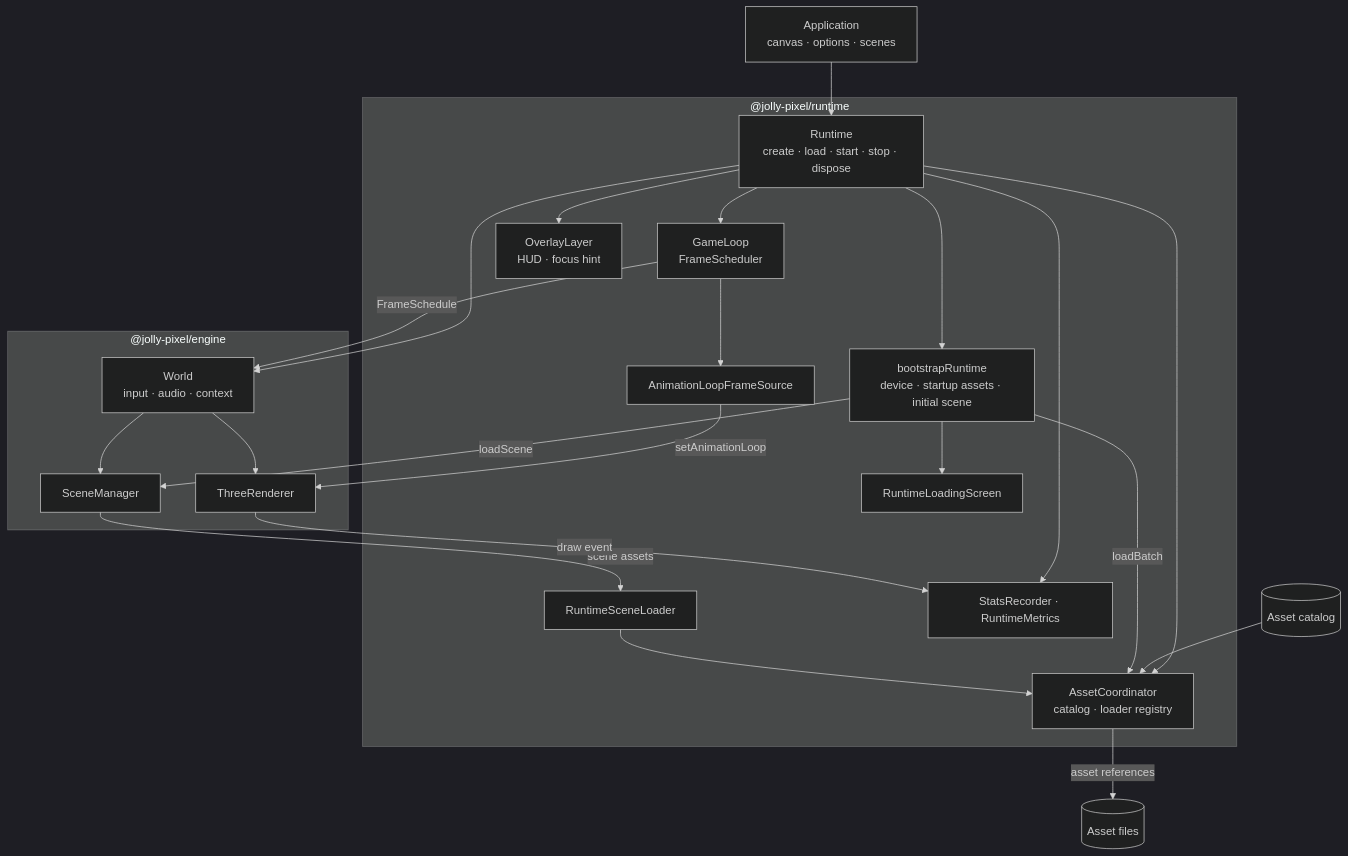
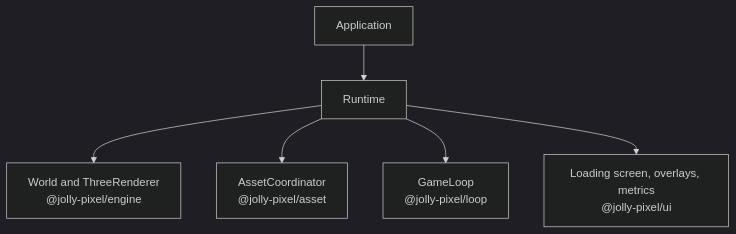
Before and after one commit to JollyPixel/editor: the first of 9 diagrams in packages/runtime/ARCHITECTURE.md, drawn with Mermaid (dark theme). The commit also changed other lines of this file and 43 other files, not shown here.

First line of the commit message:
Merge pull request #801 from JollyPixel/runtime-boundary

````diff
--- a/packages/runtime/ARCHITECTURE.md
+++ b/packages/runtime/ARCHITECTURE.md
@@ -10,45 +9,8 @@
 ```mermaid
 flowchart TB
-    App["Application<br/>canvas · options · scenes"]
-    Catalog[("Asset catalog")]
-    Files[("Asset files")]
-
-    subgraph RuntimePackage["@jolly-pixel/runtime"]
-        Runtime["Runtime<br/>create · load · start · stop · dispose"]
-        Bootstrap["bootstrapRuntime<br/>device · startup assets · initial scene"]
-        Assets["AssetCoordinator<br/>catalog · loader registry"]
-        SceneLoader["RuntimeSceneLoader"]
-        Loop["GameLoop<br/>FrameScheduler"]
-        FrameSource["AnimationLoopFrameSource"]
-        Overlay["OverlayLayer<br/>HUD · focus hint"]
-        Screen["RuntimeLoadingScreen"]
-        Metrics["StatsRecorder · RuntimeMetrics"]
-    end
-
-    subgraph Engine["@jolly-pixel/engine"]
-        World["World<br/>input · audio · context"]
-        SceneManager["SceneManager"]
-        Renderer["ThreeRenderer"]
-    end
-
-    App --> Runtime
-    Runtime --> Bootstrap
-    Runtime --> Assets
-    Runtime --> World
-    Runtime --> Loop
-    Runtime --> Overlay
-    Runtime --> Metrics
-    Bootstrap --> Screen
-    Catalog --> Assets
-    Assets -->|"asset references"| Files
-    Bootstrap -->|"loadBatch"| Assets
-    Bootstrap -->|"loadScene"| SceneManager
-    SceneManager -->|"scene assets"| SceneLoader
-    SceneLoader --> Assets
-    World --> SceneManager
-    World --> Renderer
-    Loop --> FrameSource
-    FrameSource -->|"setAnimationLoop"| Renderer
-    Loop -->|"FrameSchedule"| World
-    Renderer -->|"draw event"| Metrics
+    App["Application"] --> Runtime["Runtime"]
+    Runtime --> Engine["World and ThreeRenderer<br/>@jolly-pixel/engine"]
+    Runtime --> Assets["AssetCoordinator<br/>@jolly-pixel/asset"]
+    Runtime --> Loop["GameLoop<br/>@jolly-pixel/loop"]
+    Runtime --> UI["Loading screen, overlays, metrics<br/>@jolly-pixel/ui"]
 ```
````
